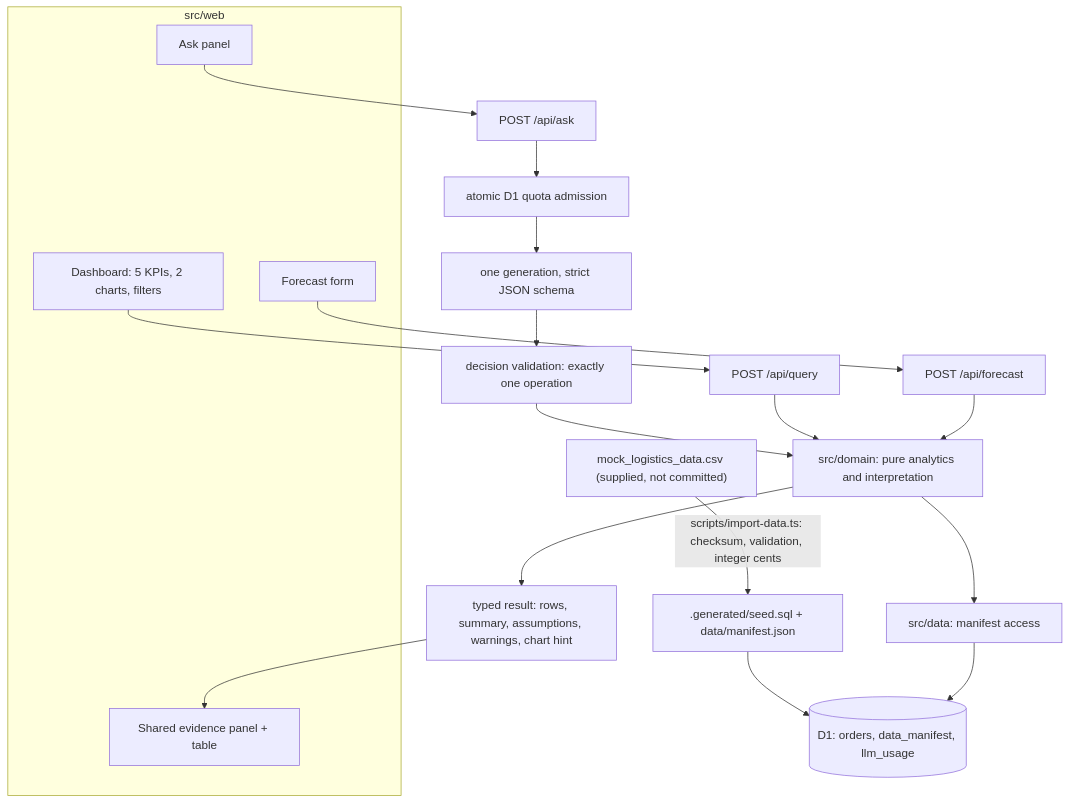
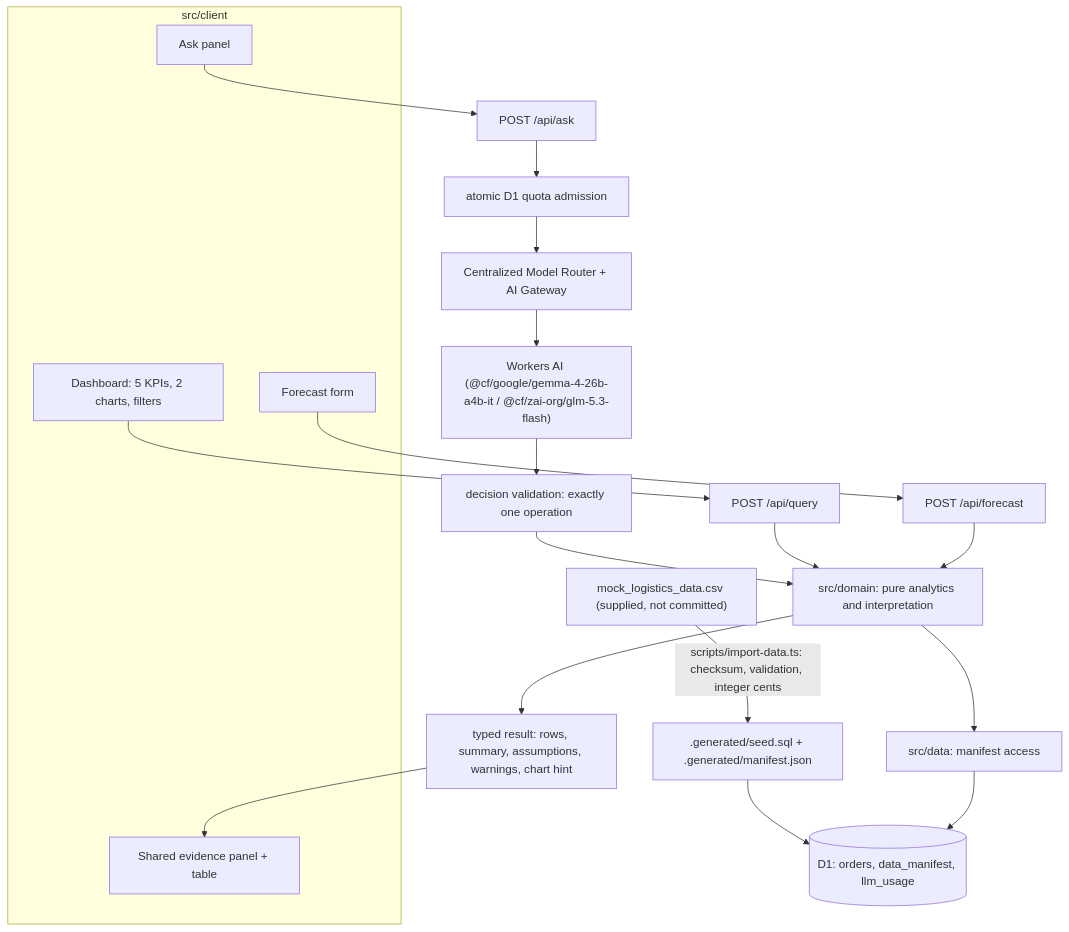
One commit to itanium-g/logistics-data-analytics changed the diagram in README.md. Above: the diagram before and after it, drawn with Mermaid. The commit also changed other lines of this file and 6 other files, not shown here.

````diff
--- a/README.md
+++ b/README.md
@@ -83,28 +89,29 @@
 ```mermaid
 flowchart TD
     CSV["mock_logistics_data.csv (supplied, not committed)"]
-      -->|"scripts/import-data.ts: checksum, validation, integer cents"| SEED[".generated/seed.sql + data/manifest.json"]
+      -->|"scripts/import-data.ts: checksum, validation, integer cents"| SEED[".generated/seed.sql + .generated/manifest.json"]
     SEED --> D1[("D1: orders, data_manifest, llm_usage")]
 
-    subgraph browser["src/web"]
+    subgraph browser["src/client"]
       DASH["Dashboard: 5 KPIs, 2 charts, filters"]
       ASK["Ask panel"]
       FC["Forecast form"]
       EV["Shared evidence panel + table"]
     end
 
     DASH --> Q["POST /api/query"]
     FC --> F["POST /api/forecast"]
     ASK --> A["POST /api/ask"]
 
     A --> GUARD["atomic D1 quota admission"]
-    GUARD --> MODEL["one generation, strict JSON schema"]
+    GUARD --> ROUTER["Centralized Model Router + AI Gateway"]
+    ROUTER --> MODEL["Workers AI (@cf/google/gemma-4-26b-a4b-it / @cf/zai-org/glm-5.3-flash)"]
     MODEL --> VAL["decision validation: exactly one operation"]
     VAL --> DOMAIN
     Q --> DOMAIN["src/domain: pure analytics and interpretation"]
     F --> DOMAIN
     DOMAIN --> DATA["src/data: manifest access"]
     DATA --> D1
     DOMAIN --> RES["typed result: rows, summary, assumptions, warnings, chart hint"]
     RES --> EV
 ```
````
